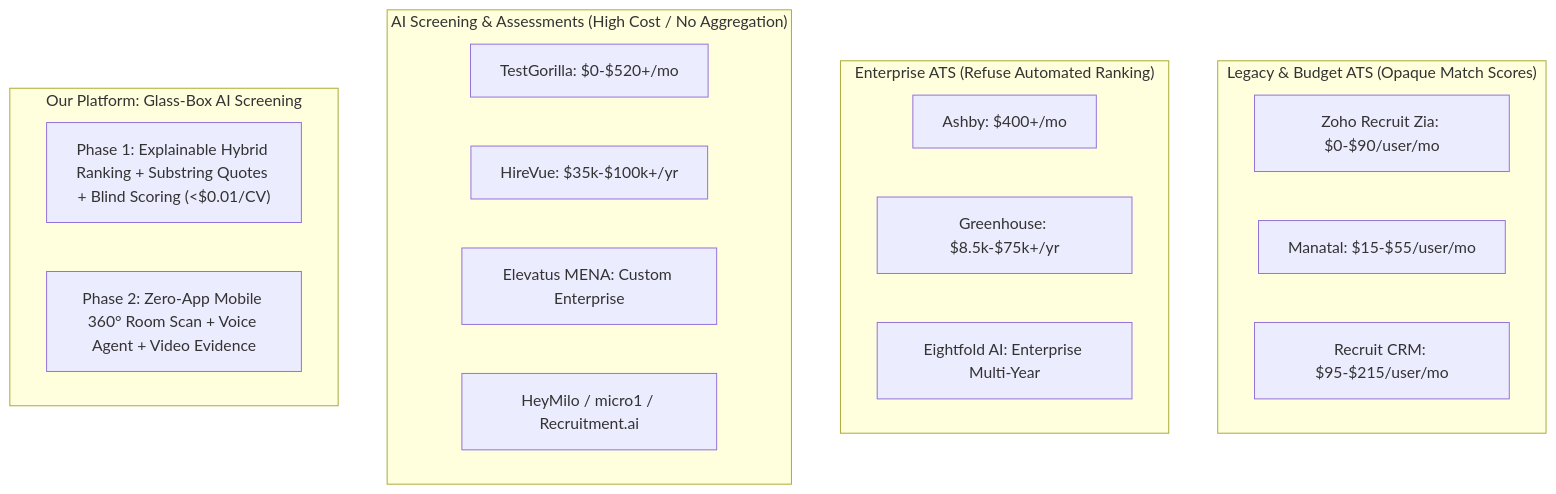
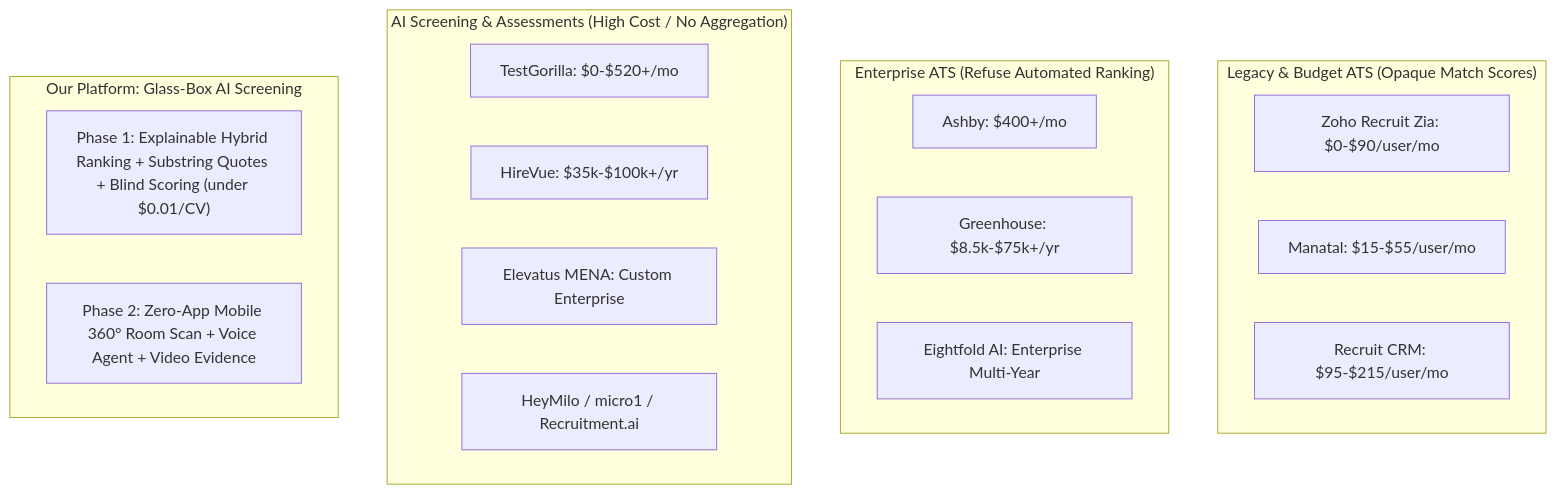
Before and after one commit to a-amin-gabr/ai-recruitment-platform: the first of 2 diagrams in docs/08-competitor-analysis.md, drawn with Mermaid. The commit also changed other lines of this file and 15 other files, not shown here.

Commit message:
docs: fix Mermaid diagrams and prioritize Karim as Team Lead for solo meeting

````diff
--- a/docs/08-competitor-analysis.md
+++ b/docs/08-competitor-analysis.md
@@ -9,26 +9,26 @@
 ```mermaid
 flowchart TB
     subgraph Legacy["Legacy & Budget ATS (Opaque Match Scores)"]
         Zoho["Zoho Recruit Zia: $0-$90/user/mo"]
         Manatal["Manatal: $15-$55/user/mo"]
         RecruitCRM["Recruit CRM: $95-$215/user/mo"]
     end
 
     subgraph Compliance["Enterprise ATS (Refuse Automated Ranking)"]
         Ashby["Ashby: $400+/mo"]
         Greenhouse["Greenhouse: $8.5k-$75k+/yr"]
         Eightfold["Eightfold AI: Enterprise Multi-Year"]
     end
 
     subgraph Screening["AI Screening & Assessments (High Cost / No Aggregation)"]
         TestGorilla["TestGorilla: $0-$520+/mo"]
         HireVue["HireVue: $35k-$100k+/yr"]
         Elevatus["Elevatus MENA: Custom Enterprise"]
         HeyMilo["HeyMilo / micro1 / Recruitment.ai"]
     end
 
     subgraph Ours["Our Platform: Glass-Box AI Screening"]
-        P1["Phase 1: Explainable Hybrid Ranking + Substring Quotes + Blind Scoring (<$0.01/CV)"]
+        P1["Phase 1: Explainable Hybrid Ranking + Substring Quotes + Blind Scoring (under $0.01/CV)"]
         P2["Phase 2: Zero-App Mobile 360° Room Scan + Voice Agent + Video Evidence"]
     end
 ```
````
